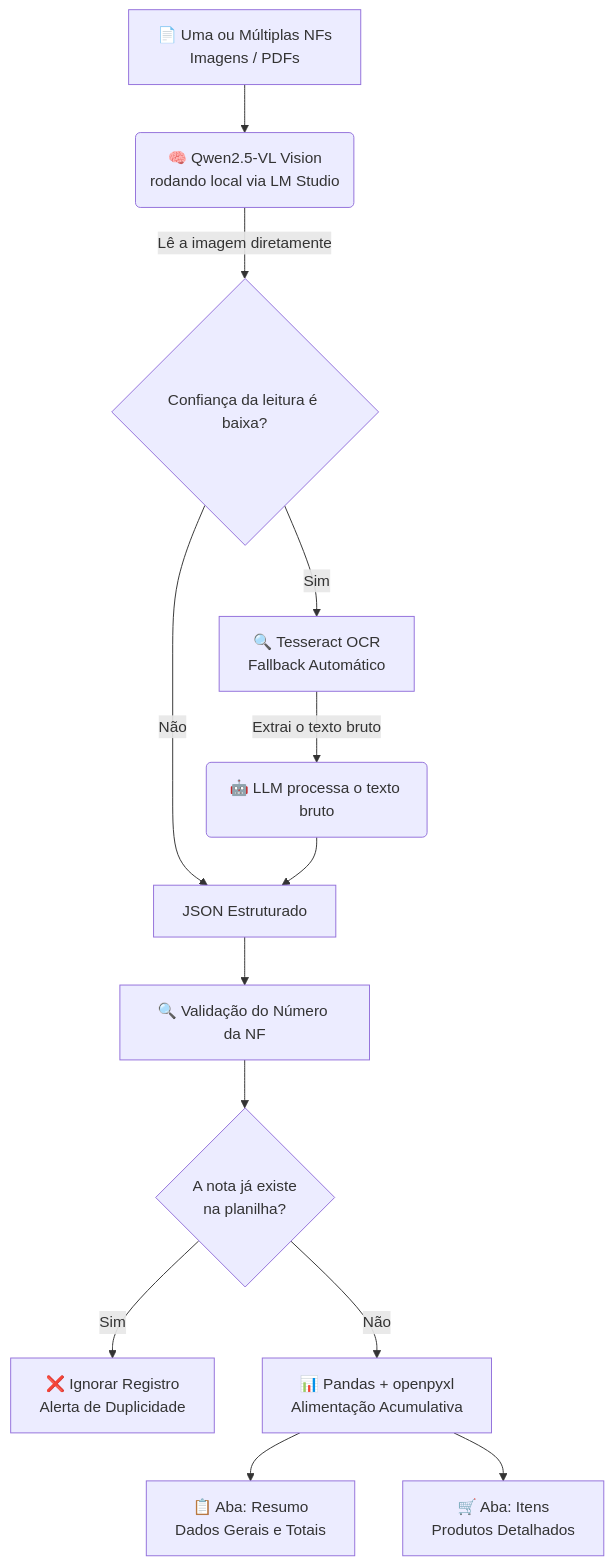
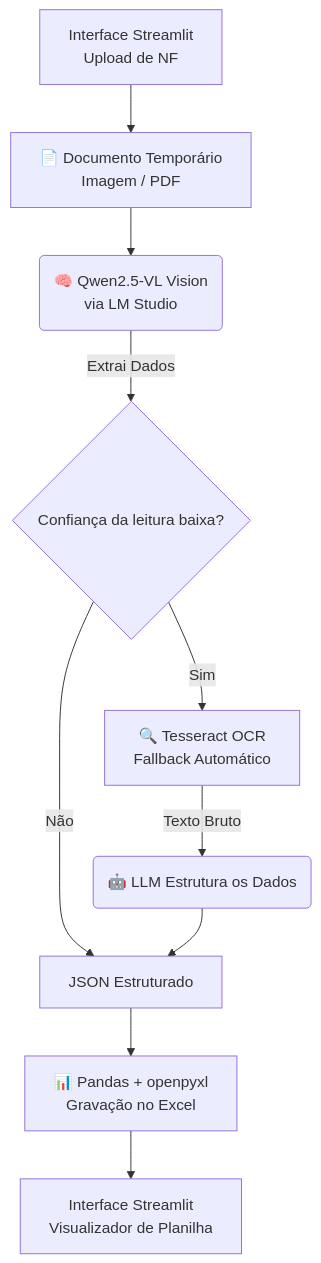
The diagram in README.md (leandrobelo000-afk/ai-fiscal-assistant), drawn with Mermaid before and after one commit. The commit also changed other lines of this file, not shown here.

````diff
--- a/README.md
+++ b/README.md
@@ -23,15 +23,12 @@
 ```mermaid
 flowchart TD
-    A[📄 Uma ou Múltiplas NFs<br/>Imagens / PDFs] --> B(🧠 Qwen2.5-VL Vision<br/>rodando local via LM Studio)
-    B -- Lê a imagem diretamente --> C{Confiança da leitura é baixa?}
-    C -- Não --> D[JSON Estruturado]
+    UI[Interface Streamlit<br/>Upload de NF] --> A
+    A[📄 Documento Temporário<br/>Imagem / PDF] --> B(🧠 Qwen2.5-VL Vision<br/>via LM Studio)
+    B -- Extrai Dados --> C{Confiança da leitura baixa?}
     C -- Sim --> E[🔍 Tesseract OCR <br/>Fallback Automático]
-    E -- Extrai o texto bruto --> F(🤖 LLM processa o texto bruto)
-    F --> D
-    D --> G[🔍 Validação do Número da NF]
-    G --> H{A nota já existe<br/>na planilha?}
-    H -- Sim --> I[❌ Ignorar Registro<br/>Alerta de Duplicidade]
-    H -- Não --> J[📊 Pandas + openpyxl<br/>Alimentação Acumulativa]
-    J --> K[📋 Aba: Resumo<br/>Dados Gerais e Totais]
-    J --> L[🛒 Aba: Itens<br/>Produtos Detalhados]
+    E -- Texto Bruto --> F(🤖 LLM Estrutura os Dados)
+    C -- Não --> D
+    F --> D[JSON Estruturado]
+    D --> G[📊 Pandas + openpyxl<br/>Gravação no Excel]
+    G --> UI_View[Interface Streamlit<br/>Visualizador de Planilha]
 ```
````
